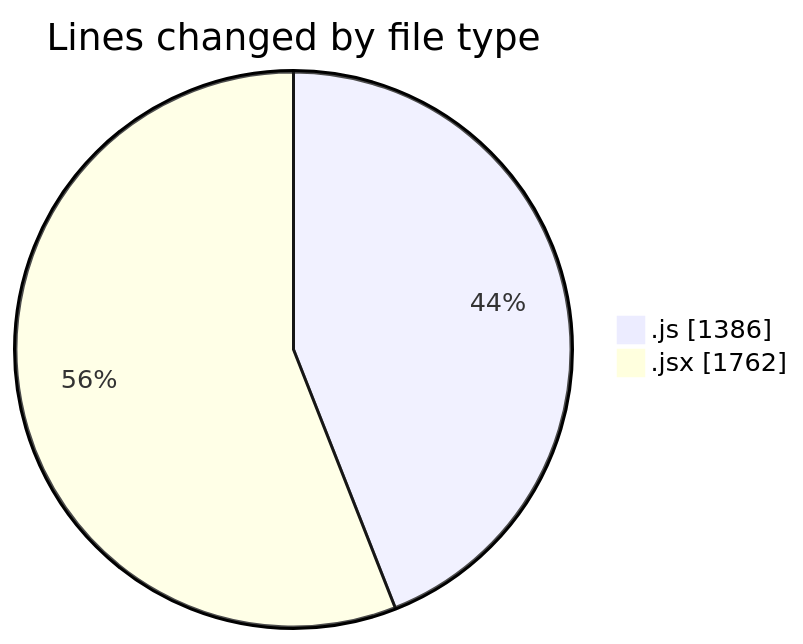
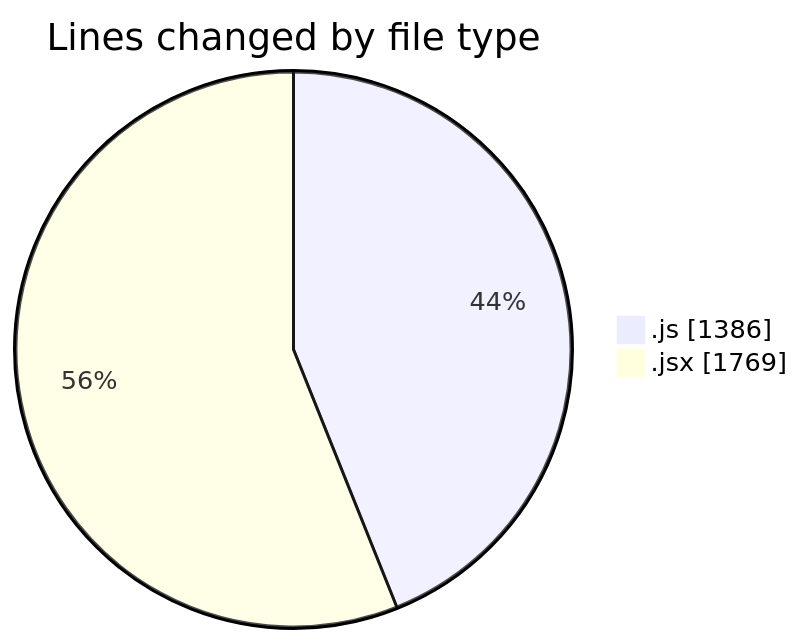
One commit to nxtqubesakshisongat/code-tracking changed the first of 2 diagrams in 2025-07-29/nxtqube_webapp/README.md. Above: the diagram before and after it, drawn with Mermaid. The commit also changed other lines of this file and 1 other file, not shown here.

````diff
--- a/2025-07-29/nxtqube_webapp/README.md
+++ b/2025-07-29/nxtqube_webapp/README.md
@@ -28,6 +28,6 @@
 ```mermaid
 pie showData
 title Lines changed by file type
 ".js" : 1386
-".jsx" : 1762
+".jsx" : 1769
 ```
````
